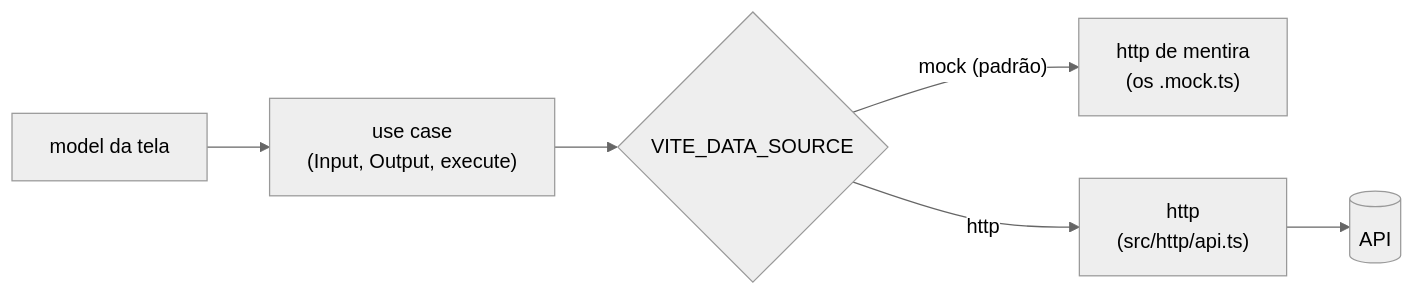
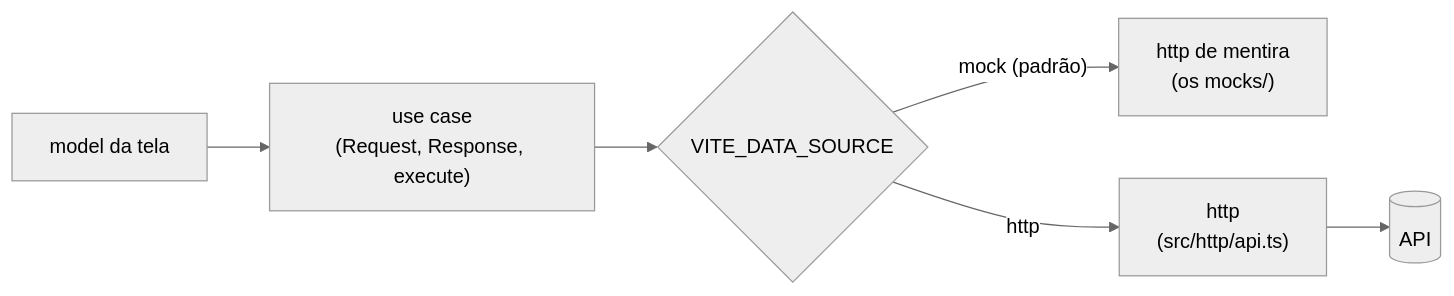
One commit to matizze/prumo changed the second of 2 diagrams in docs/concepts/architecture.md. Above: the diagram before and after it, drawn with Mermaid (neutral theme). The commit also changed other lines of this file and 71 other files, not shown here.

````diff
--- a/docs/concepts/architecture.md
+++ b/docs/concepts/architecture.md
@@ -138,8 +131,8 @@
 ```mermaid
 flowchart LR
-  tela["model da tela"] --> uc["use case<br/>(Input, Output, execute)"]
+  tela["model da tela"] --> uc["use case<br/>(Request, Response, execute)"]
   uc --> t{"VITE_DATA_SOURCE"}
-  t -- "mock (padrão)" --> mock["http de mentira<br/>(os .mock.ts)"]
+  t -- "mock (padrão)" --> mock["http de mentira<br/>(os mocks/)"]
   t -- http --> api["http<br/>(src/http/api.ts)"]
   api --> back[("API")]
 ```
````
